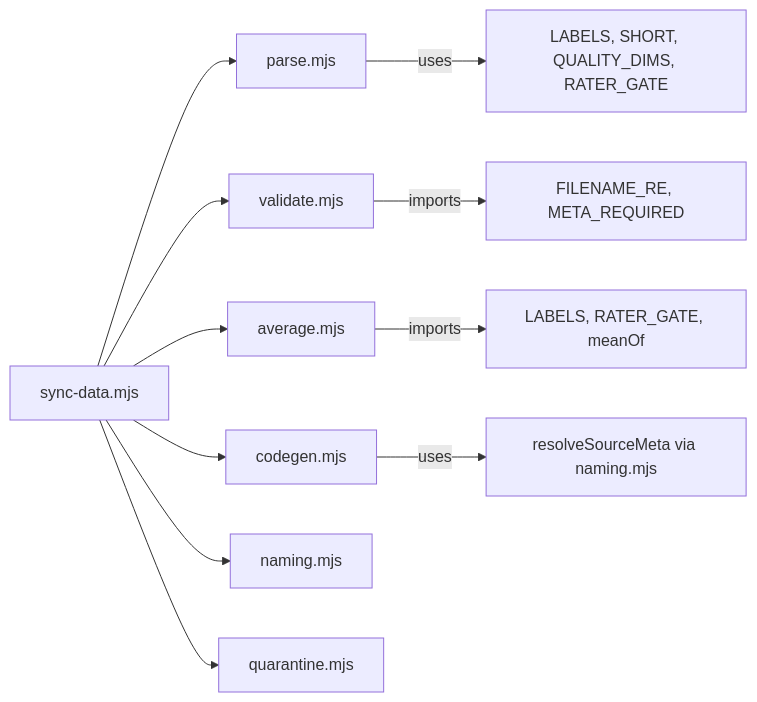
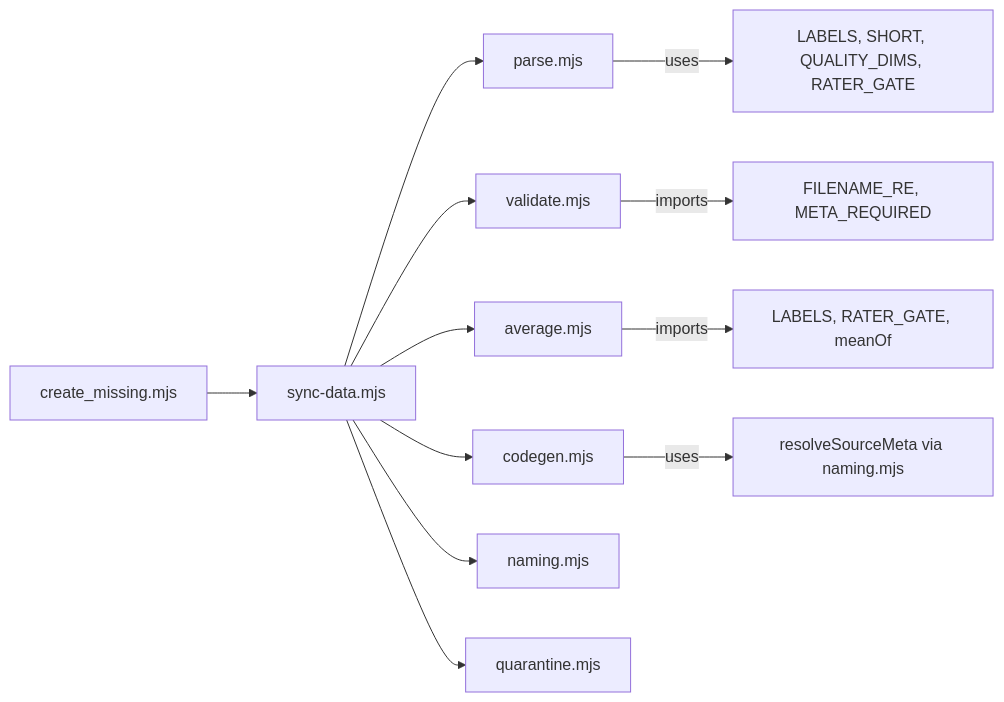
One commit to delirium-dj/modelcomp changed the third of 3 diagrams in .qoder/repowiki/en/content/Model Research & Evaluation/Data Synchronization Pipeline.md. Above: the diagram before and after it, drawn with Mermaid. The commit also changed other lines of this file and 76 other files, not shown here.

````diff
--- a/.qoder/repowiki/en/content/Model Research & Evaluation/Data Synchronization Pipeline.md
+++ b/.qoder/repowiki/en/content/Model Research & Evaluation/Data Synchronization Pipeline.md
@@ -316,13 +339,14 @@
 ```mermaid
 graph LR
 Sync["sync-data.mjs"] --> Parse["parse.mjs"]
 Sync --> Validate["validate.mjs"]
 Sync --> Average["average.mjs"]
 Sync --> Codegen["codegen.mjs"]
 Sync --> Naming["naming.mjs"]
 Sync --> Quarantine["quarantine.mjs"]
+CreateMissing["create_missing.mjs"] --> Sync
 Parse --> |uses| Constants["LABELS, SHORT, QUALITY_DIMS, RATER_GATE"]
 Validate --> |imports| ParseConsts["FILENAME_RE, META_REQUIRED"]
 Average --> |imports| ParseLabels["LABELS, RATER_GATE, meanOf"]
 Codegen --> |uses| NamingResolve["resolveSourceMeta via naming.mjs"]
 ```
````
